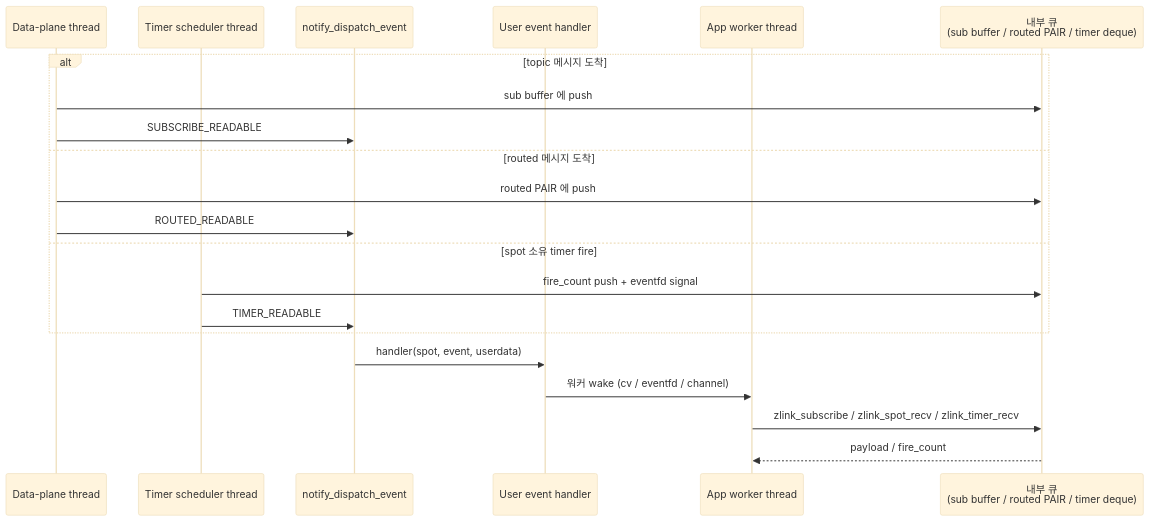
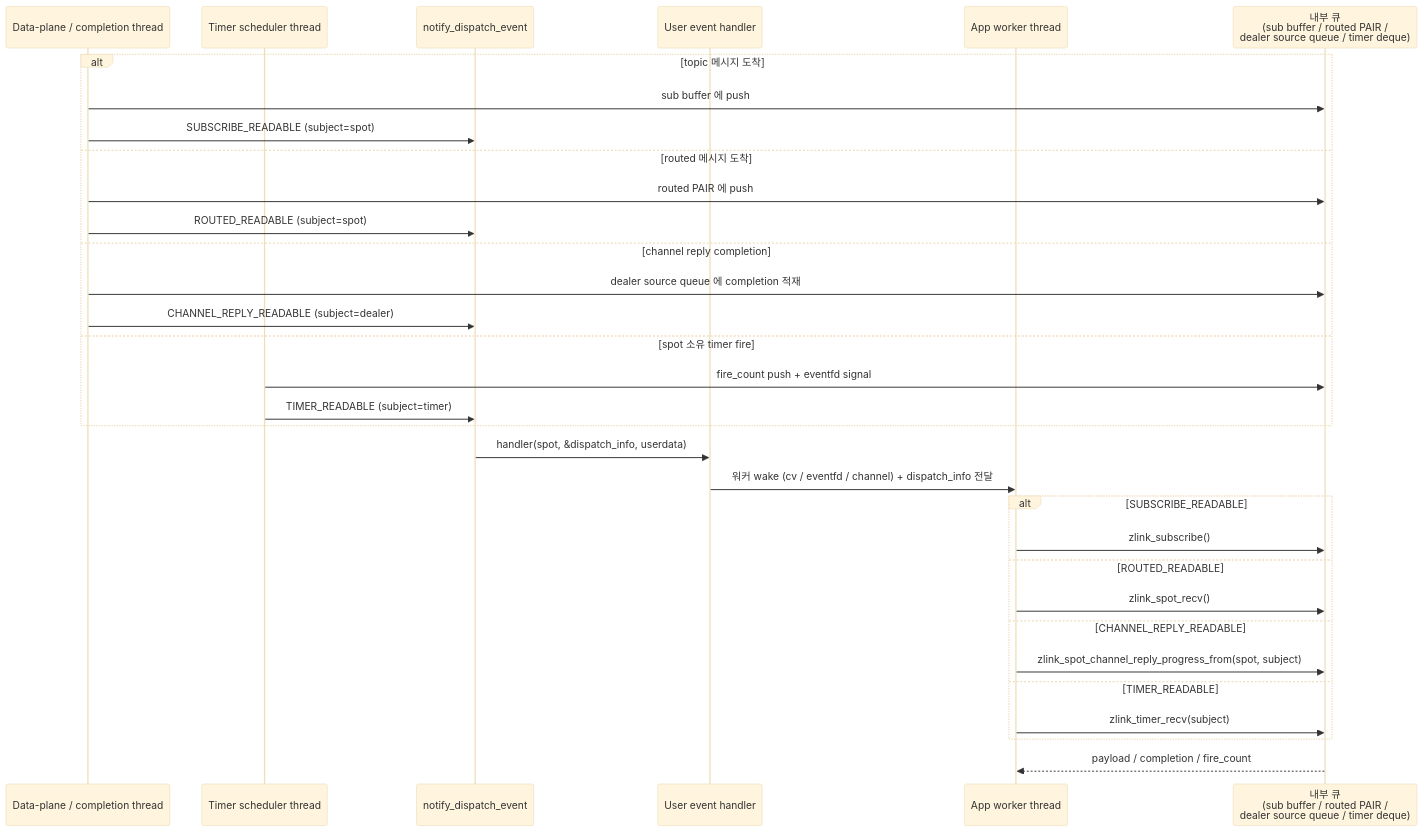
Before and after one commit to kairos-code-dev/zlink: diagram 15 of 15 in doc/internals/spot-internals.ko.md, drawn with Mermaid (base theme). The commit also changed other lines of this file and 179 other files, not shown here.

````diff
--- a/doc/internals/spot-internals.ko.md
+++ b/doc/internals/spot-internals.ko.md
@@ -533,24 +548,35 @@
 ```mermaid
 sequenceDiagram
-    participant DP as Data-plane thread
+    participant DP as Data-plane / completion thread
     participant Sched as Timer scheduler thread
     participant Notify as notify_dispatch_event
     participant UH as User event handler
     participant App as App worker thread
-    participant Q as 내부 큐<br/>(sub buffer / routed PAIR / timer deque)
+    participant Q as 내부 큐<br/>(sub buffer / routed PAIR /<br/>dealer source queue / timer deque)
 
     alt topic 메시지 도착
         DP->>Q: sub buffer 에 push
-        DP->>Notify: SUBSCRIBE_READABLE
+        DP->>Notify: SUBSCRIBE_READABLE (subject=spot)
     else routed 메시지 도착
         DP->>Q: routed PAIR 에 push
-        DP->>Notify: ROUTED_READABLE
+        DP->>Notify: ROUTED_READABLE (subject=spot)
+    else channel reply completion
+        DP->>Q: dealer source queue 에 completion 적재
+        DP->>Notify: CHANNEL_REPLY_READABLE (subject=dealer)
     else spot 소유 timer fire
         Sched->>Q: fire_count push + eventfd signal
-        Sched->>Notify: TIMER_READABLE
+        Sched->>Notify: TIMER_READABLE (subject=timer)
     end
-    Notify->>UH: handler(spot, event, userdata)
-    UH->>App: 워커 wake (cv / eventfd / channel)
-    App->>Q: zlink_subscribe / zlink_spot_recv / zlink_timer_recv
-    Q-->>App: payload / fire_count
+    Notify->>UH: handler(spot, &dispatch_info, userdata)
+    UH->>App: 워커 wake (cv / eventfd / channel) + dispatch_info 전달
+    alt SUBSCRIBE_READABLE
+        App->>Q: zlink_subscribe()
+    else ROUTED_READABLE
+        App->>Q: zlink_spot_recv()
+    else CHANNEL_REPLY_READABLE
+        App->>Q: zlink_spot_channel_reply_progress_from(spot, subject)
+    else TIMER_READABLE
+        App->>Q: zlink_timer_recv(subject)
+    end
+    Q-->>App: payload / completion / fire_count
 ```
````
